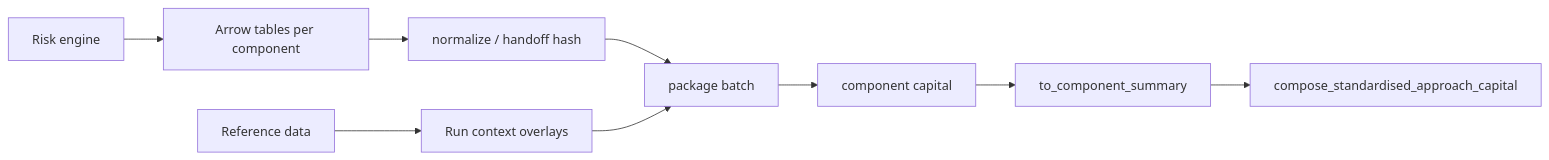
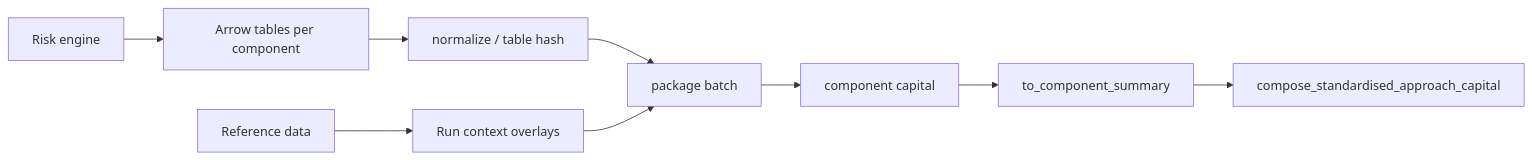
One commit to tomanizer/frtb-capital changed the diagram in docs/CLIENT_INTEGRATION.md. Above: the diagram before and after it, drawn with Mermaid. The commit also changed other lines of this file and 144 other files, not shown here.

````diff
--- a/docs/CLIENT_INTEGRATION.md
+++ b/docs/CLIENT_INTEGRATION.md
@@ -59,11 +59,11 @@
 ```mermaid
 flowchart LR
     risk["Risk engine"] --> tables["Arrow tables per component"]
     reference["Reference data"] --> context["Run context overlays"]
-    tables --> normalize["normalize / handoff hash"]
+    tables --> normalize["normalize / table hash"]
     normalize --> batch["package batch"]
     context --> batch
     batch --> capital["component capital"]
-    capital --> handoff["to_component_summary"]
-    handoff --> sa["compose_standardised_approach_capital"]
+    capital --> summary["to_component_summary"]
+    summary --> sa["compose_standardised_approach_capital"]
 ```
````
